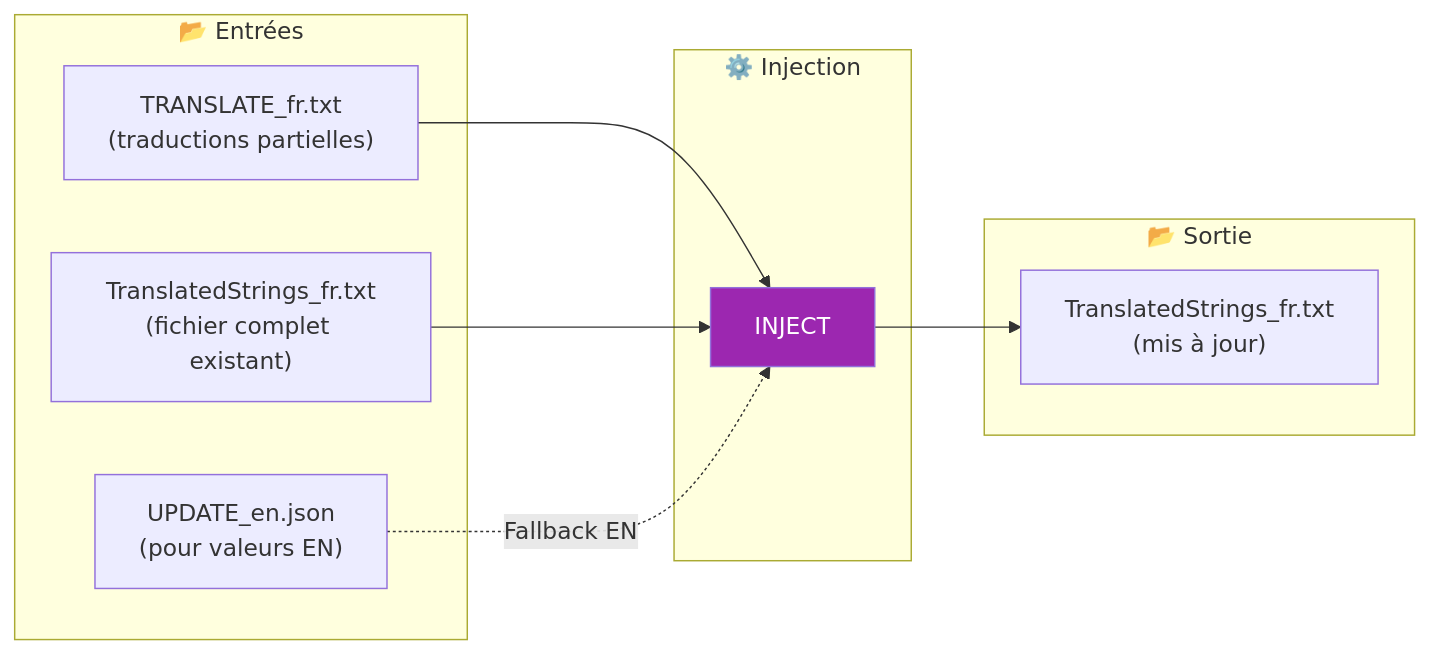
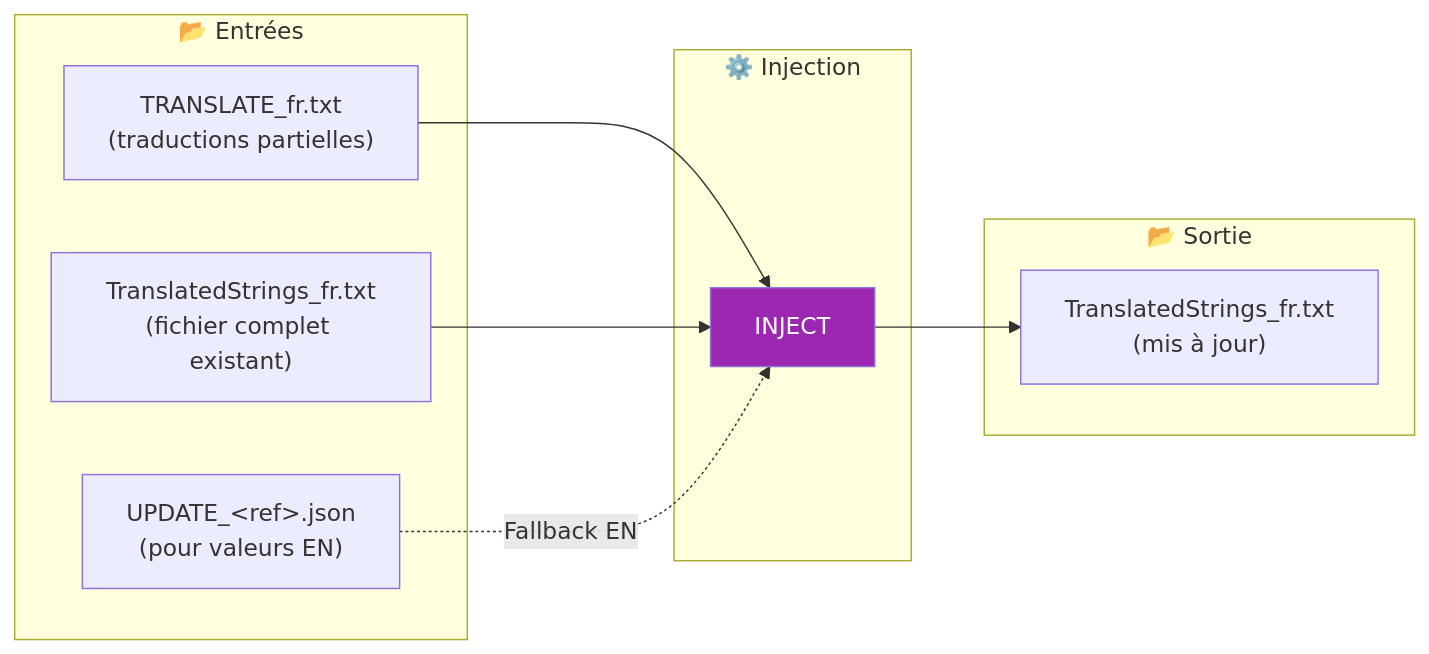
One commit to Gotcha26/Adobe_Lightroom_Translation_Plugins_Kit changed the first of 2 diagrams in tools/translator/__doc__/fr/commandes/INJECT.md. Above: the diagram before and after it, drawn with Mermaid. The commit also changed other lines of this file and 28 other files, not shown here.

````diff
--- a/tools/translator/__doc__/fr/commandes/INJECT.md
+++ b/tools/translator/__doc__/fr/commandes/INJECT.md
@@ -17,23 +17,23 @@
 ```mermaid
 flowchart LR
     subgraph Input["📂 Entrées"]
         I1["TRANSLATE_fr.txt<br/>(traductions partielles)"]
         I2["TranslatedStrings_fr.txt<br/>(fichier complet existant)"]
-        I3["UPDATE_en.json<br/>(pour valeurs EN)"]
+        I3["UPDATE_&lt;ref&gt;.json<br/>(pour valeurs EN)"]
     end
 
     subgraph Process["⚙️ Injection"]
         P["INJECT"]
     end
 
     subgraph Output["📂 Sortie"]
         O["TranslatedStrings_fr.txt<br/>(mis à jour)"]
     end
 
     I1 --> P
     I2 --> P
     I3 -.->|"Fallback EN"| P
     P --> O
 
     style P fill:#9C27B0,color:#fff
 ```
````
